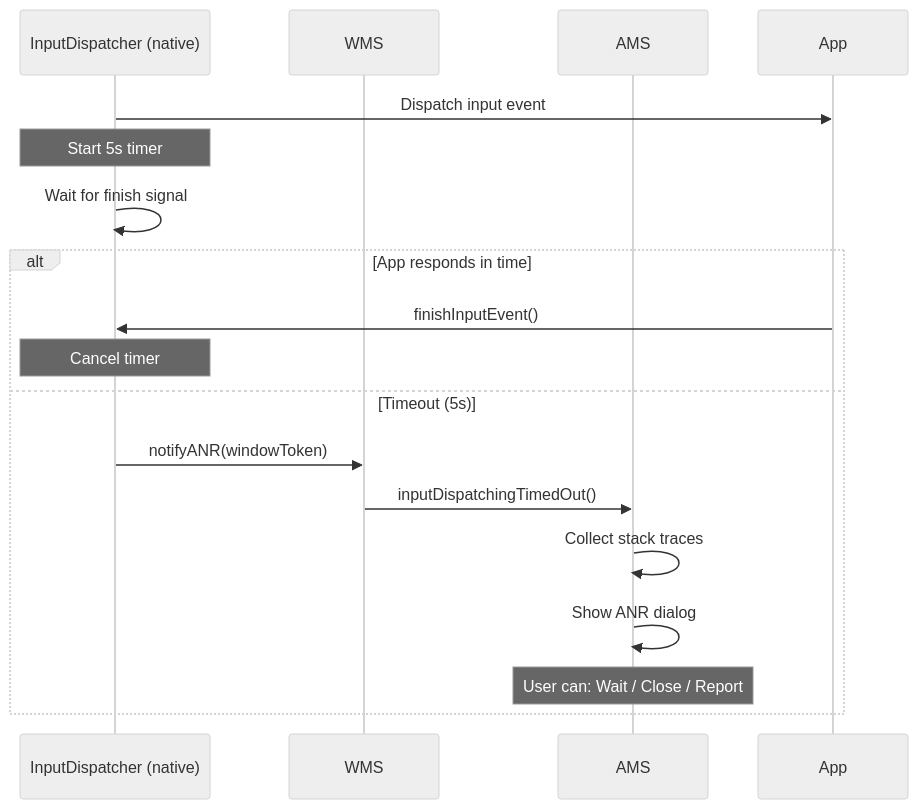
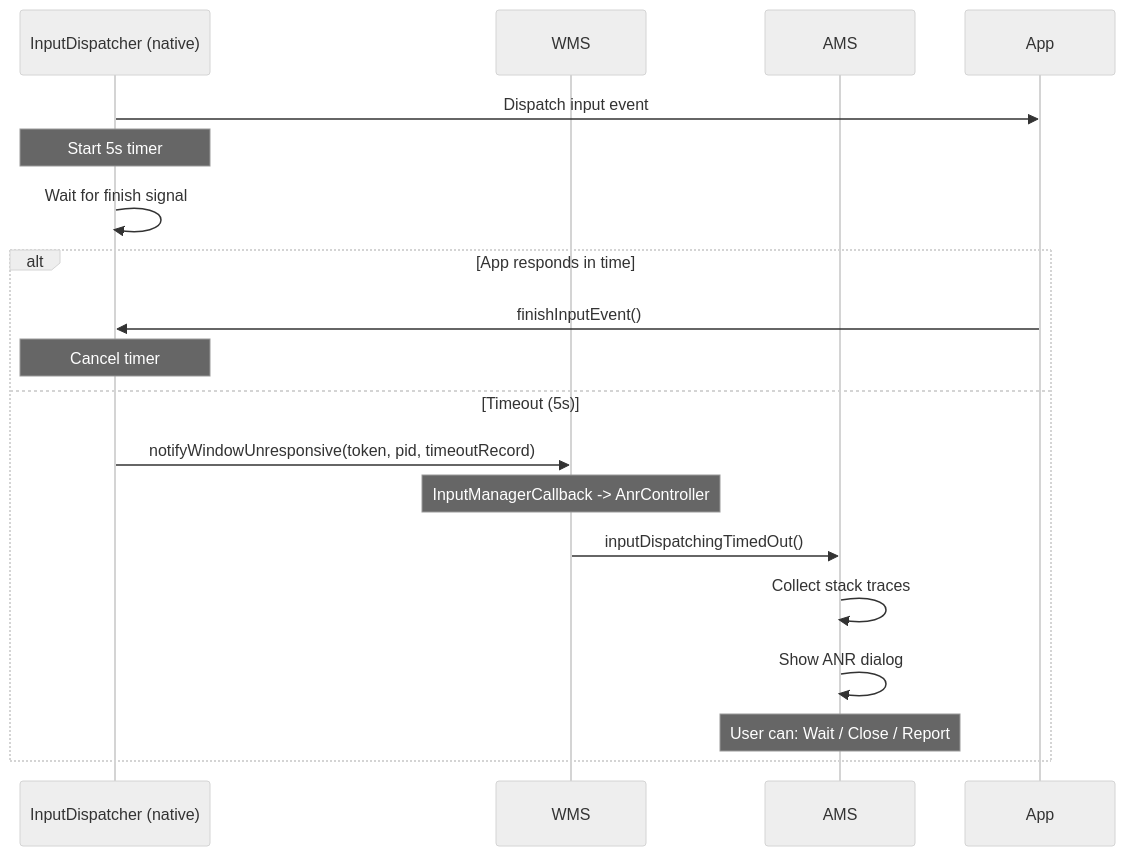
Diagram 32 of 41 in agents/claude/skills/aosp-framework-core/22-activity-and-window.md (aospbooks/aosp-internal-book), drawn with Mermaid (neutral theme) before and after one commit. The commit also changed other lines of this file and 218 other files, not shown here.

````diff
--- a/agents/claude/skills/aosp-framework-core/22-activity-and-window.md
+++ b/agents/claude/skills/aosp-framework-core/22-activity-and-window.md
@@ -2829,22 +2852,23 @@
 ```mermaid
 sequenceDiagram
     participant Input as InputDispatcher (native)
     participant WMS
     participant AMS
     participant App
 
     Input->>App: Dispatch input event
     Note over Input: Start 5s timer
     Input->>Input: Wait for finish signal
 
     alt App responds in time
         App->>Input: finishInputEvent()
         Note over Input: Cancel timer
     else Timeout (5s)
-        Input->>WMS: notifyANR(windowToken)
+        Input->>WMS: notifyWindowUnresponsive(token, pid, timeoutRecord)
+        Note over WMS: InputManagerCallback -> AnrController
         WMS->>AMS: inputDispatchingTimedOut()
         AMS->>AMS: Collect stack traces
         AMS->>AMS: Show ANR dialog
         Note over AMS: User can: Wait / Close / Report
     end
 ```
````
